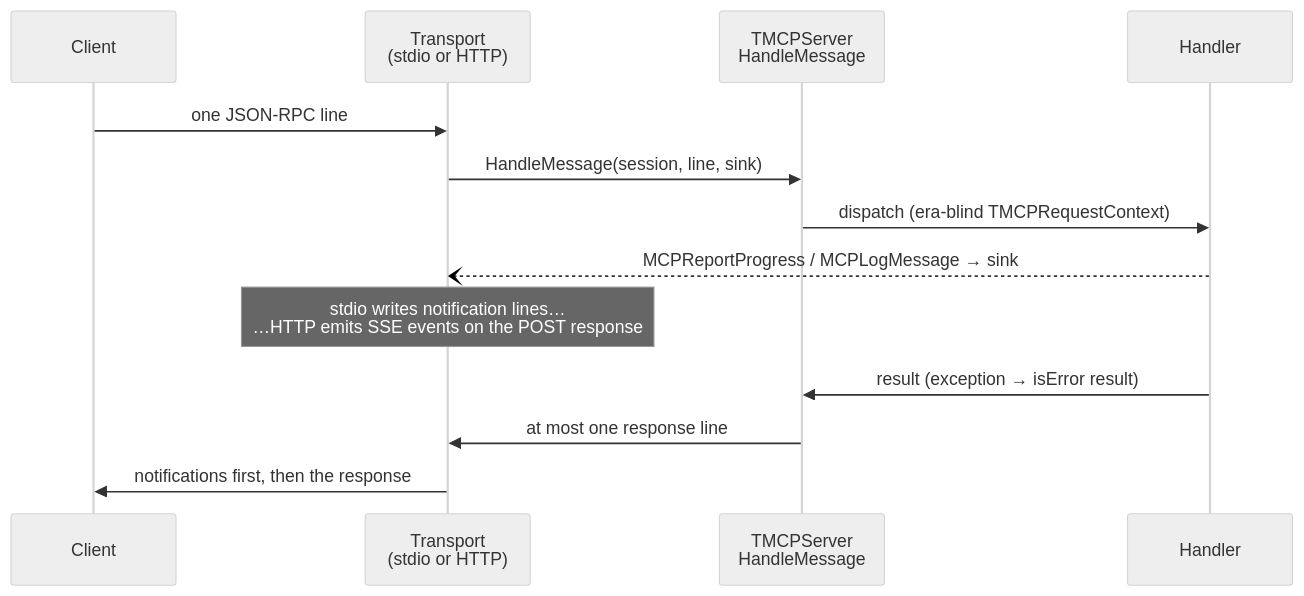
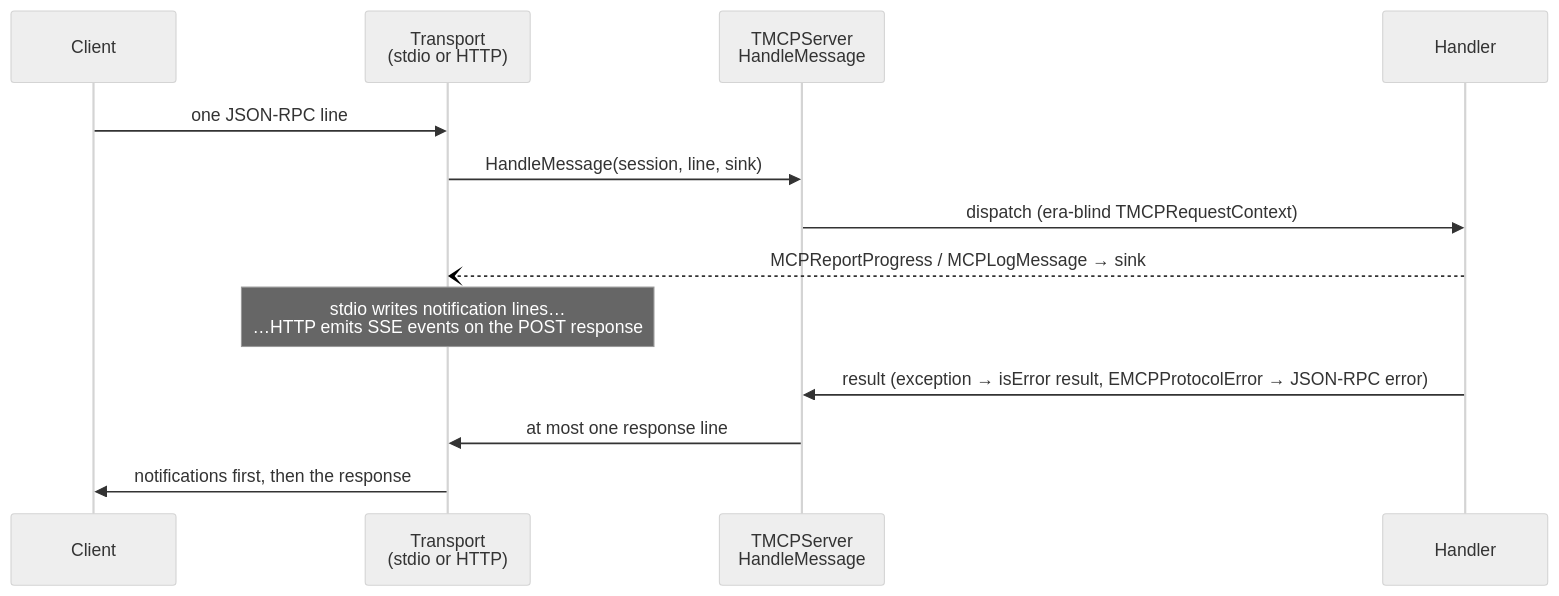
Before and after one commit to frostney/pascal-mcp-sdk: the second of 5 diagrams in docs/internals/architecture.md, drawn with Mermaid (neutral theme). The commit also changed other lines of this file and 14 other files, not shown here.

First line of the commit message:
feat: let handlers answer with a JSON-RPC error of their choosing (#100)

````diff
--- a/docs/internals/architecture.md
+++ b/docs/internals/architecture.md
@@ -83,15 +83,15 @@
 ```mermaid
 sequenceDiagram
     participant Client
     participant Transport as Transport<br/>(stdio or HTTP)
     participant Core as TMCPServer<br/>HandleMessage
     participant Handler
     Client->>Transport: one JSON-RPC line
     Transport->>Core: HandleMessage(session, line, sink)
     Core->>Handler: dispatch (era-blind TMCPRequestContext)
     Handler--)Transport: MCPReportProgress / MCPLogMessage → sink
     Note over Transport: stdio writes notification lines…<br/>…HTTP emits SSE events on the POST response
-    Handler->>Core: result (exception → isError result)
+    Handler->>Core: result (exception → isError result, EMCPProtocolError → JSON-RPC error)
     Core->>Transport: at most one response line
     Transport->>Client: notifications first, then the response
 ```
````
